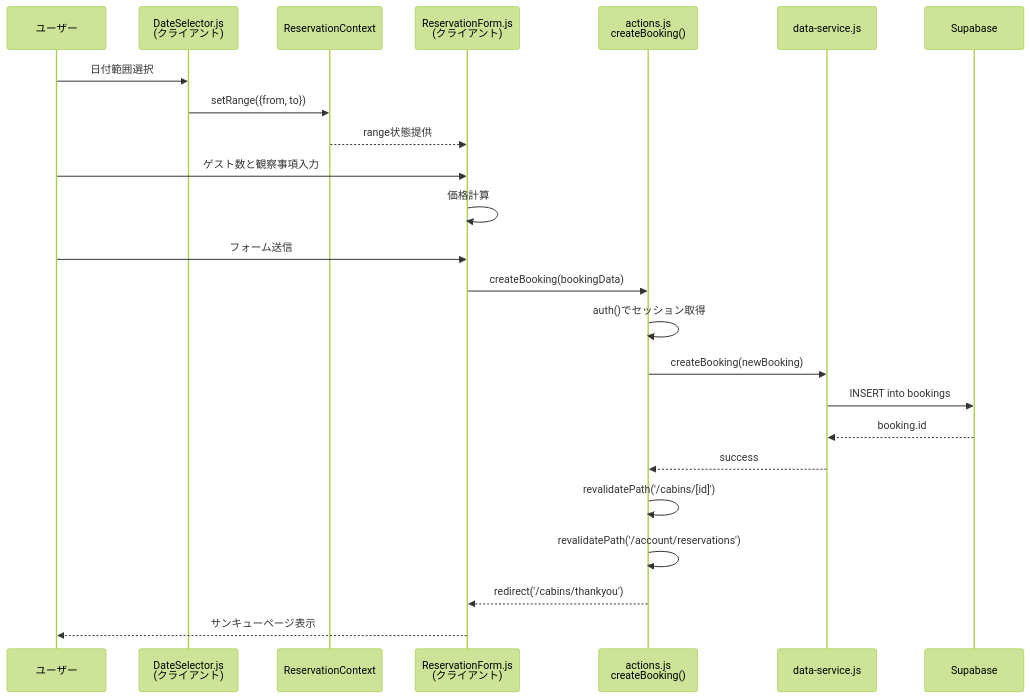
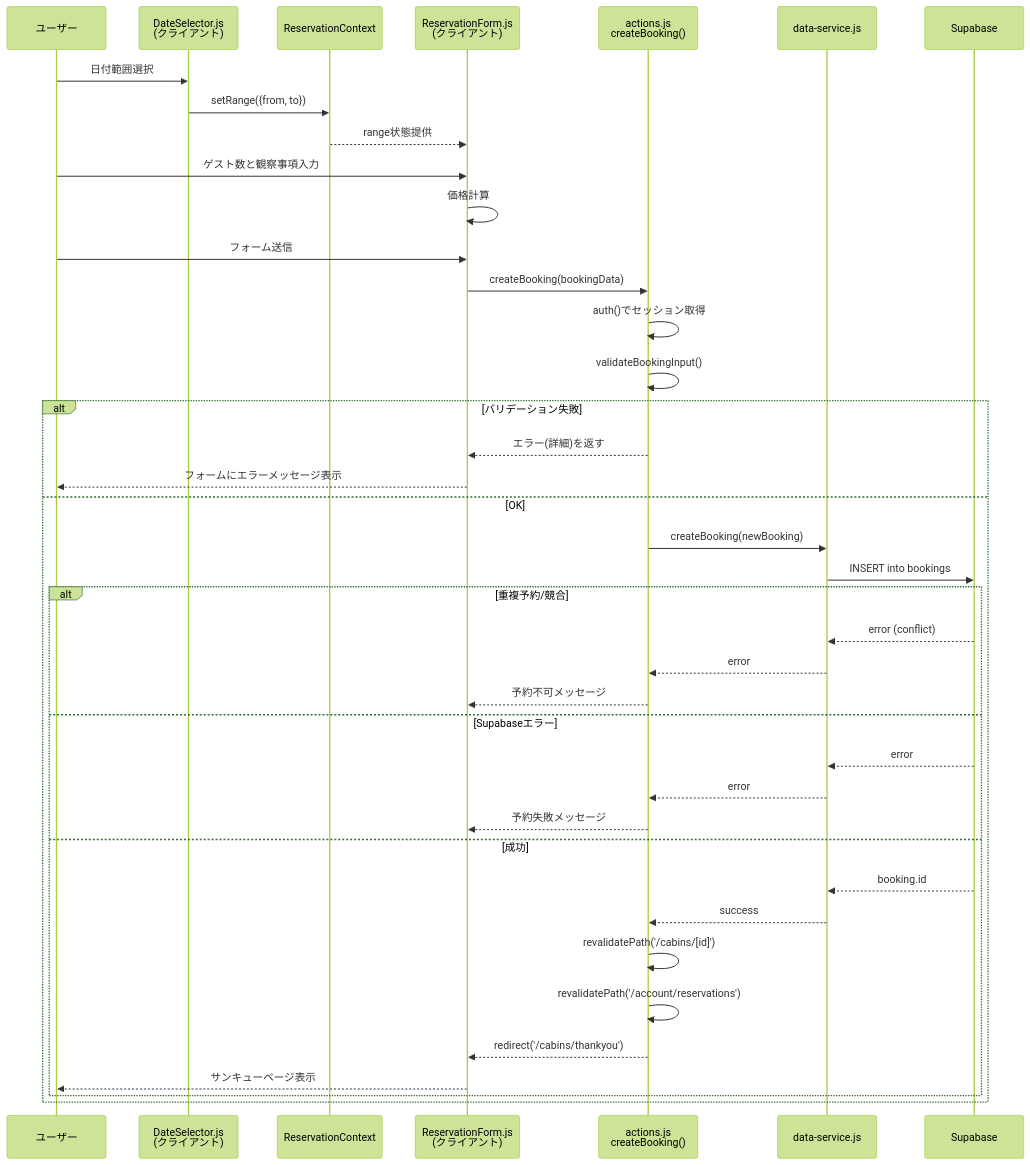
Before and after one commit to myoshi2891/MasterModernReact_NextJs: the fourth of 5 diagrams in README.md, drawn with Mermaid (forest theme). The commit also changed other lines of this file and 4 other files, not shown here.

Commit message:
docs: refresh setup and architecture notes

````diff
--- a/README.md
+++ b/README.md
@@ -380,27 +380,43 @@
 ```mermaid
 sequenceDiagram
     participant U as ユーザー
     participant DS as DateSelector.js<br/>(クライアント)
     participant RC as ReservationContext
     participant RF as ReservationForm.js<br/>(クライアント)
     participant SA as actions.js<br/>createBooking()
     participant DL as data-service.js
     participant SB as Supabase
     
     U->>DS: 日付範囲選択
     DS->>RC: setRange({from, to})
     RC-->>RF: range状態提供
     U->>RF: ゲスト数と観察事項入力
     RF->>RF: 価格計算
     U->>RF: フォーム送信
     RF->>SA: createBooking(bookingData)
     SA->>SA: auth()でセッション取得
-    SA->>DL: createBooking(newBooking)
-    DL->>SB: INSERT into bookings
-    SB-->>DL: booking.id
-    DL-->>SA: success
-    SA->>SA: revalidatePath('/cabins/[id]')
-    SA->>SA: revalidatePath('/account/reservations')
-    SA-->>RF: redirect('/cabins/thankyou')
-    RF-->>U: サンキューページ表示
+    SA->>SA: validateBookingInput()
+    alt バリデーション失敗
+        SA-->>RF: エラー(詳細)を返す
+        RF-->>U: フォームにエラーメッセージ表示
+    else OK
+        SA->>DL: createBooking(newBooking)
+        DL->>SB: INSERT into bookings
+        alt 重複予約/競合
+            SB-->>DL: error (conflict)
+            DL-->>SA: error
+            SA-->>RF: 予約不可メッセージ
+        else Supabaseエラー
+            SB-->>DL: error
+            DL-->>SA: error
+            SA-->>RF: 予約失敗メッセージ
+        else 成功
+            SB-->>DL: booking.id
+            DL-->>SA: success
+            SA->>SA: revalidatePath('/cabins/[id]')
+            SA->>SA: revalidatePath('/account/reservations')
+            SA-->>RF: redirect('/cabins/thankyou')
+            RF-->>U: サンキューページ表示
+        end
+    end
 ```
````
